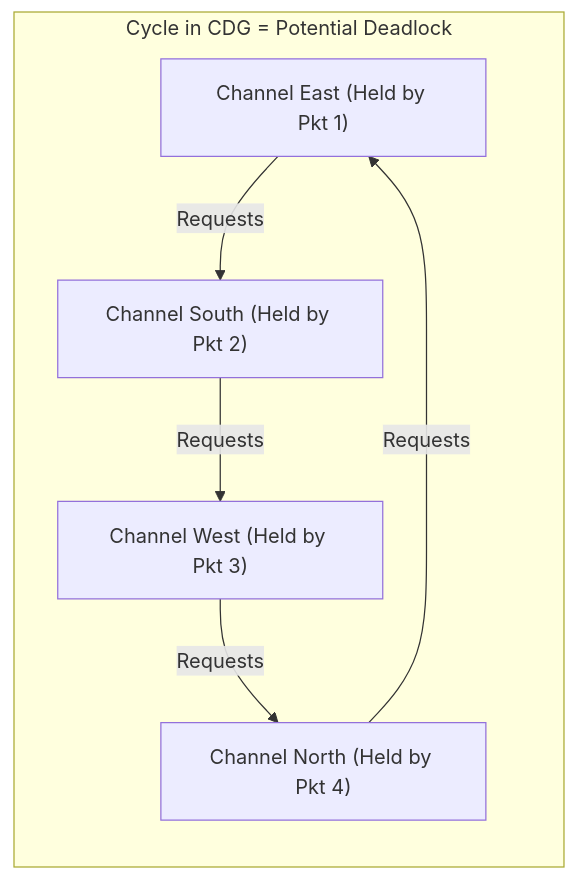
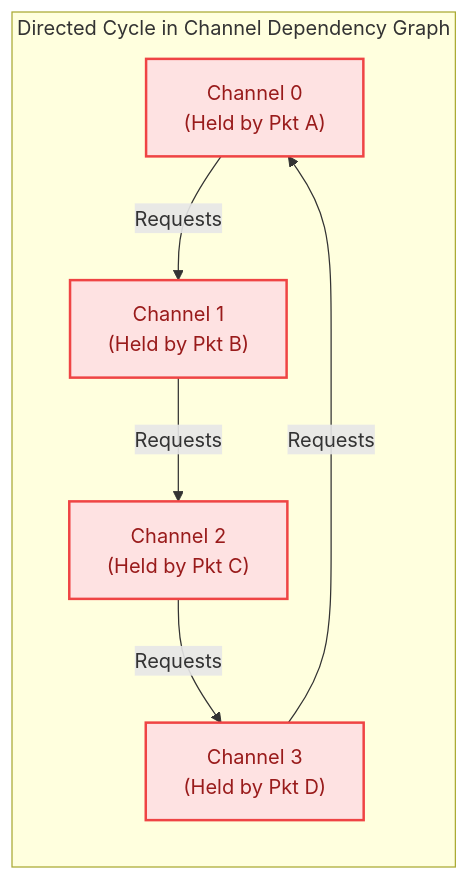
The first of 2 diagrams in docs/track4-routing-deadlock/03-deadlock-theory-cdg.md (network-on-chip/learning), drawn with Mermaid before and after one commit. The commit also changed other lines of this file and 7 other files, not shown here.

Commit message:
Upgrade Track 4: Routing & Deadlock Avoidance with 4 lessons, 4 interactive simulators, synthesizable lookahead Verilog RTL, and Duato escape channel theory

````diff
--- a/docs/track4-routing-deadlock/03-deadlock-theory-cdg.md
+++ b/docs/track4-routing-deadlock/03-deadlock-theory-cdg.md
@@ -17,9 +45,12 @@
 ```mermaid
 graph LR
-  subgraph Cycle_In_CDG [Cycle in CDG = Potential Deadlock]
-    C_East["Channel East (Held by Pkt 1)"] -->|Requests| C_South["Channel South (Held by Pkt 2)"]
-    C_South -->|Requests| C_West["Channel West (Held by Pkt 3)"]
-    C_West -->|Requests| C_North["Channel North (Held by Pkt 4)"]
-    C_North -->|Requests| C_East
+  subgraph CDG_Cycle ["Directed Cycle in Channel Dependency Graph"]
+    C0["Channel 0<br/>(Held by Pkt A)"] -->|Requests| C1["Channel 1<br/>(Held by Pkt B)"]
+    C1 -->|Requests| C2["Channel 2<br/>(Held by Pkt C)"]
+    C2 -->|Requests| C3["Channel 3<br/>(Held by Pkt D)"]
+    C3 -->|Requests| C0
   end
+
+  classDef cycleStyle fill:#fee2e2,stroke:#ef4444,stroke-width:2px,color:#991b1b;
+  class C0,C1,C2,C3 cycleStyle;
 ```
````
